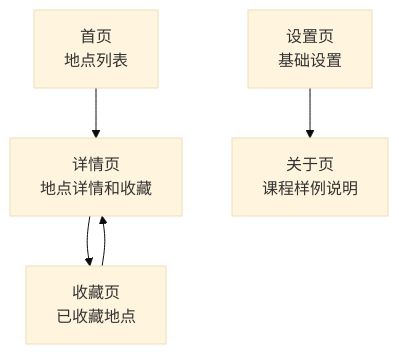
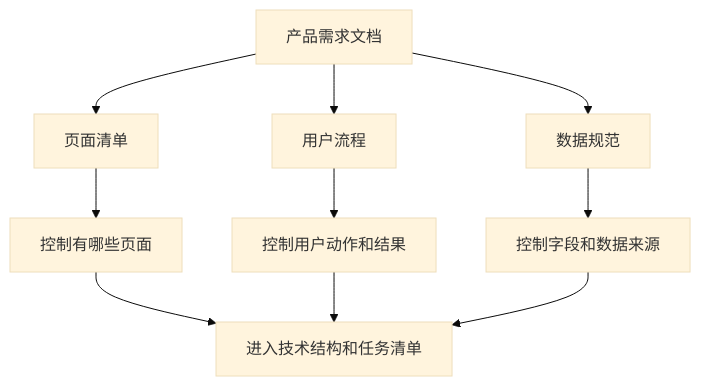
The diagram in docs/02_lessons/visual/lesson-03-visual-page-list-and-user-flow.md (zhidao-studio/ai-product-engineering-in-action), drawn with Mermaid (base theme) before and after one commit. The commit also changed other lines of this file, not shown here.

````diff
--- a/docs/02_lessons/visual/lesson-03-visual-page-list-and-user-flow.md
+++ b/docs/02_lessons/visual/lesson-03-visual-page-list-and-user-flow.md
@@ -23,7 +23,12 @@
 ```mermaid
 flowchart TD
-    H[首页<br/>地点列表] --> D[详情页<br/>地点详情和收藏]
-    D --> F[收藏页<br/>已收藏地点]
-    F --> D
-    S[设置页<br/>基础设置] --> A[关于页<br/>课程样例说明]
+    A[产品需求文档] --> B[页面清单]
+    A --> C[用户流程]
+    A --> D[数据规范]
+    B --> E[控制有哪些页面]
+    C --> F[控制用户动作和结果]
+    D --> G[控制字段和数据来源]
+    E --> H[进入技术结构和任务清单]
+    F --> H
+    G --> H
 ```
````
